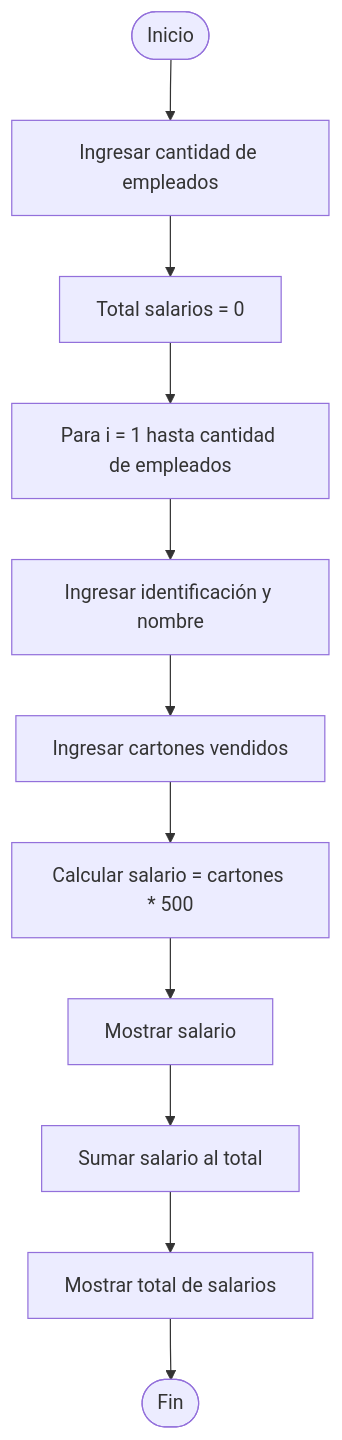
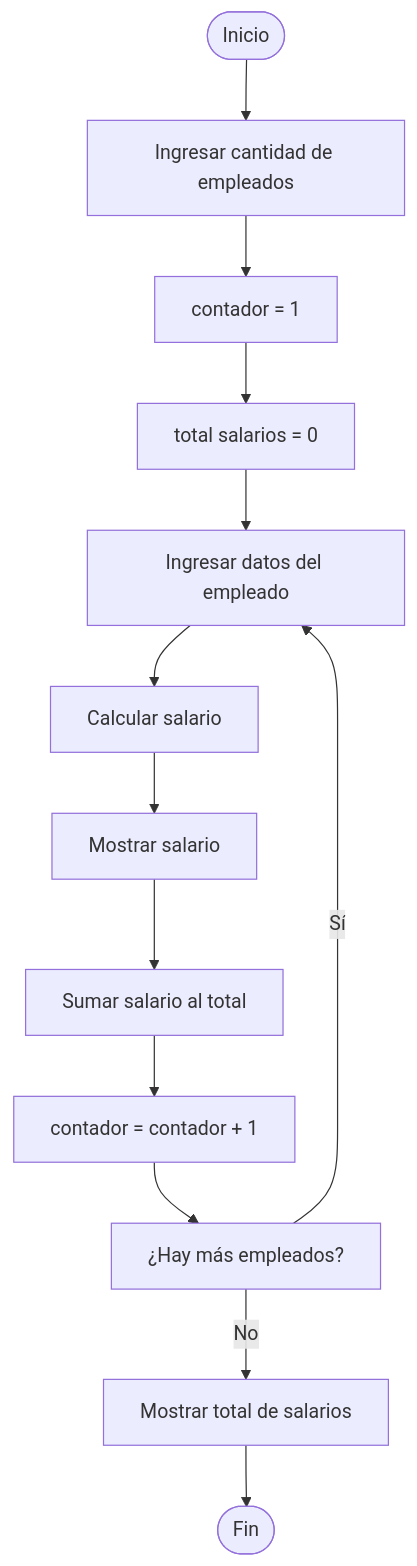
The diagram in README.md (Saikopon/Hola-mundo), drawn with Mermaid before and after one commit.

````diff
--- a/README.md
+++ b/README.md
@@ -72,15 +72,18 @@
 ```mermaid
 flowchart TD
-A([Inicio]) --> B[Ingresar cantidad de empleados]
-B --> C[Total salarios = 0]
+    A([Inicio]) --> B[Ingresar cantidad de empleados]
+    B --> C[contador = 1]
+    C --> D[total salarios = 0]
 
-C --> D[Para i = 1 hasta cantidad de empleados]
-D --> E[Ingresar identificación y nombre]
-E --> F[Ingresar cartones vendidos]
-F --> G[Calcular salario = cartones * 500]
-G --> H[Mostrar salario]
-H --> I[Sumar salario al total]
+    D --> E[Ingresar datos del empleado]
+    E --> F[Calcular salario]
+    F --> G[Mostrar salario]
+    G --> H[Sumar salario al total]
+    H --> I[contador = contador + 1]
 
-I --> J[Mostrar total de salarios]
-J --> K([Fin])
+    I --> J[¿Hay más empleados?]
+
+    J -->|Sí| E
+    J -->|No| K[Mostrar total de salarios]
+    K --> L([Fin])
 ```
````
